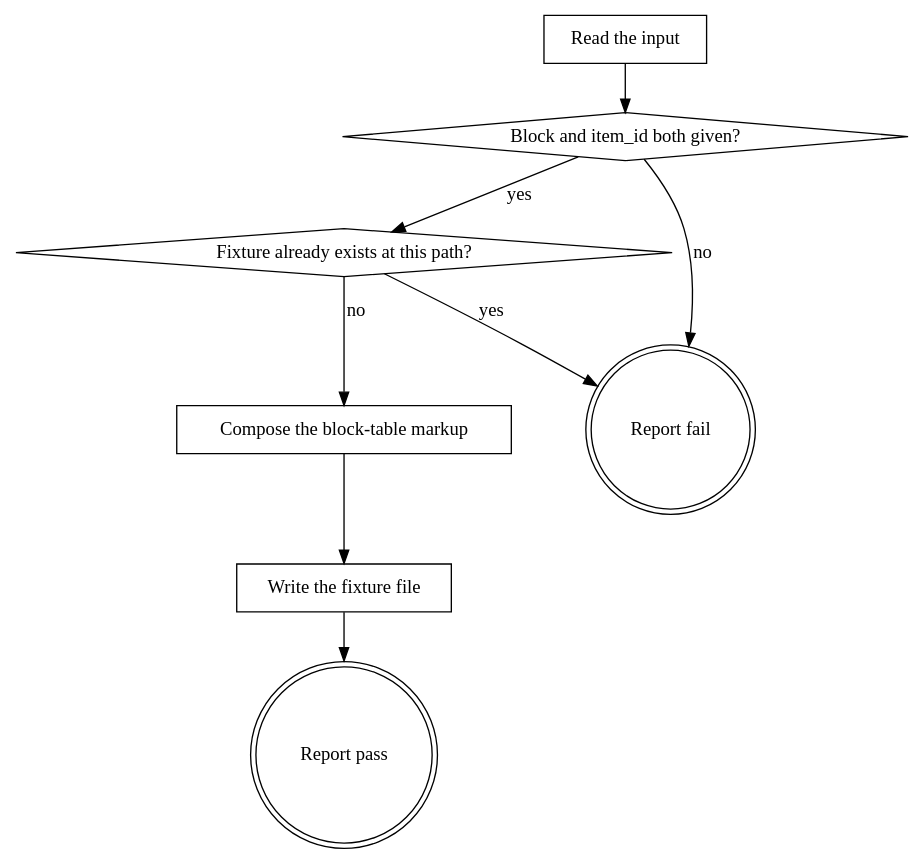
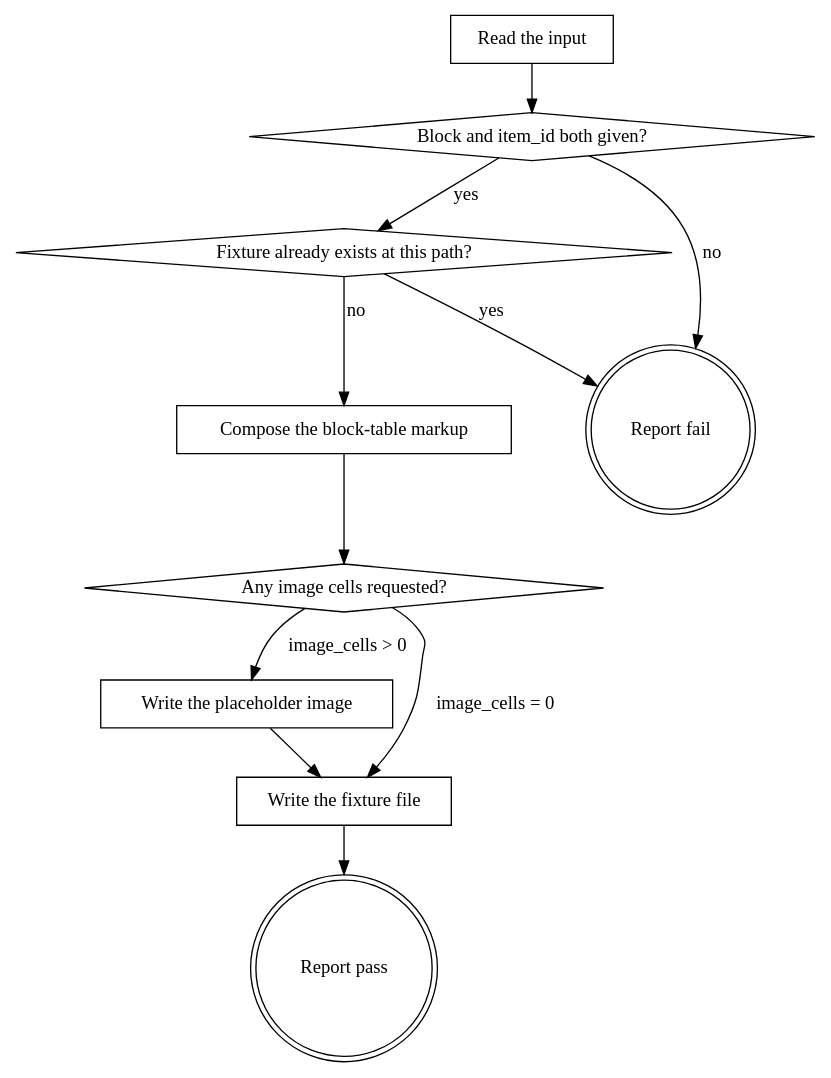
The diagram in plugins/eds/skills/eds-fixture/SKILL.md (agenticDraft/aem-eds-ai-workflow-demo), drawn with Graphviz before and after one commit. The commit also changed other lines of this file and 1 other file, not shown here.

````diff
--- a/plugins/eds/skills/eds-fixture/SKILL.md
+++ b/plugins/eds/skills/eds-fixture/SKILL.md
@@ -43,19 +55,24 @@
 ```dot
 digraph eds_fixture {
     "Read the input" [shape=box];
     "Block and item_id both given?" [shape=diamond];
     "Fixture already exists at this path?" [shape=diamond];
     "Compose the block-table markup" [shape=box];
+    "Any image cells requested?" [shape=diamond];
+    "Write the placeholder image" [shape=box];
     "Write the fixture file" [shape=box];
     "Report fail" [shape=doublecircle];
     "Report pass" [shape=doublecircle];
 
     "Read the input" -> "Block and item_id both given?";
     "Block and item_id both given?" -> "Fixture already exists at this path?" [label="yes"];
     "Block and item_id both given?" -> "Report fail" [label="no"];
     "Fixture already exists at this path?" -> "Report fail" [label="yes"];
     "Fixture already exists at this path?" -> "Compose the block-table markup" [label="no"];
-    "Compose the block-table markup" -> "Write the fixture file";
+    "Compose the block-table markup" -> "Any image cells requested?";
+    "Any image cells requested?" -> "Write the placeholder image" [label="image_cells > 0"];
+    "Any image cells requested?" -> "Write the fixture file" [label="image_cells = 0"];
+    "Write the placeholder image" -> "Write the fixture file";
     "Write the fixture file" -> "Report pass";
 }
 ```
````
